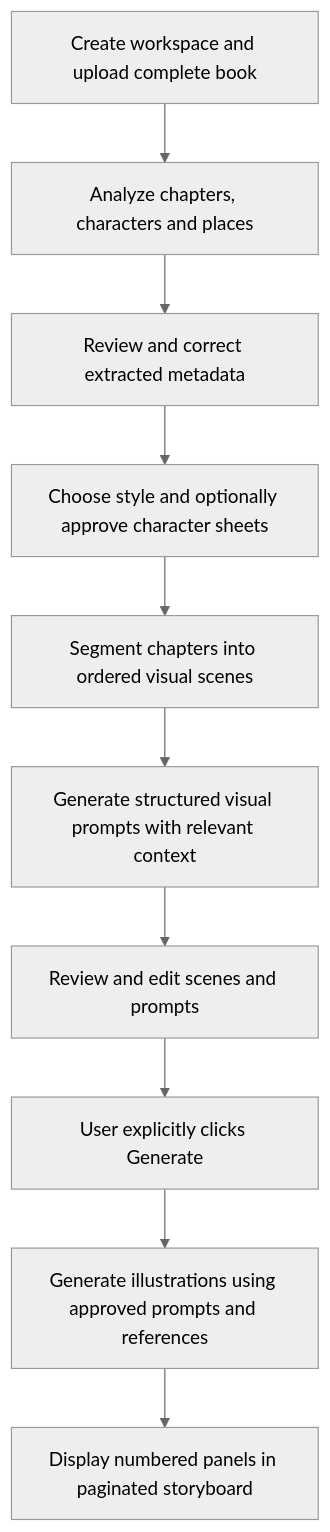
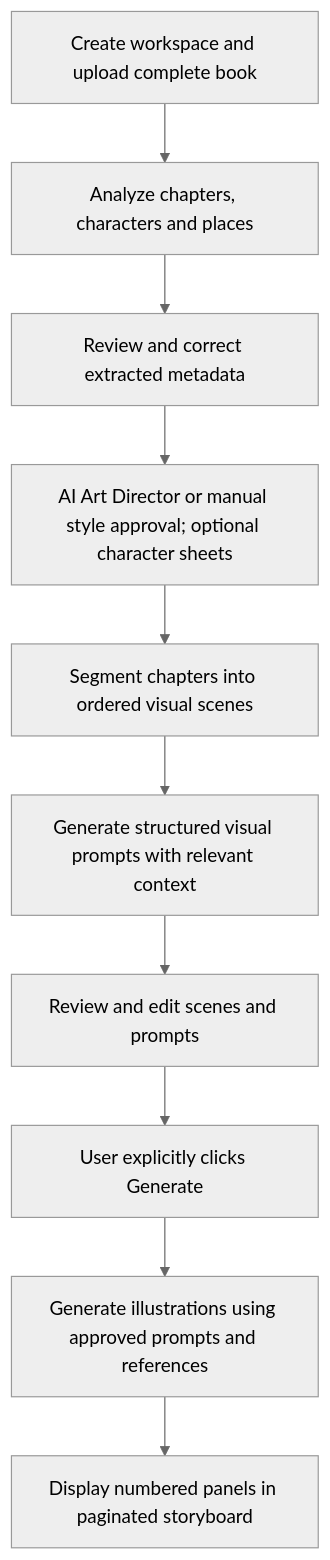
The first of 2 diagrams in docs/v1-mvp/PRD.md (mcyuune/StoryBoardGenerator), drawn with Mermaid (neutral theme) before and after one commit. The commit also changed other lines of this file, not shown here.

Commit message:
docs: specify conversational AI Art Director for V1

````diff
--- a/docs/v1-mvp/PRD.md
+++ b/docs/v1-mvp/PRD.md
@@ -17,12 +17,12 @@
 ```mermaid
 flowchart TD
  A["Create workspace and upload complete book"] --> B["Analyze chapters, characters and places"]
  B --> C["Review and correct extracted metadata"]
- C --> D["Choose style and optionally approve character sheets"]
+ C --> D["AI Art Director or manual style approval; optional character sheets"]
  D --> E["Segment chapters into ordered visual scenes"]
  E --> F["Generate structured visual prompts with relevant context"]
  F --> G["Review and edit scenes and prompts"]
  G --> H["User explicitly clicks Generate"]
  H --> I["Generate illustrations using approved prompts and references"]
  I --> J["Display numbered panels in paginated storyboard"]
 ```
````
